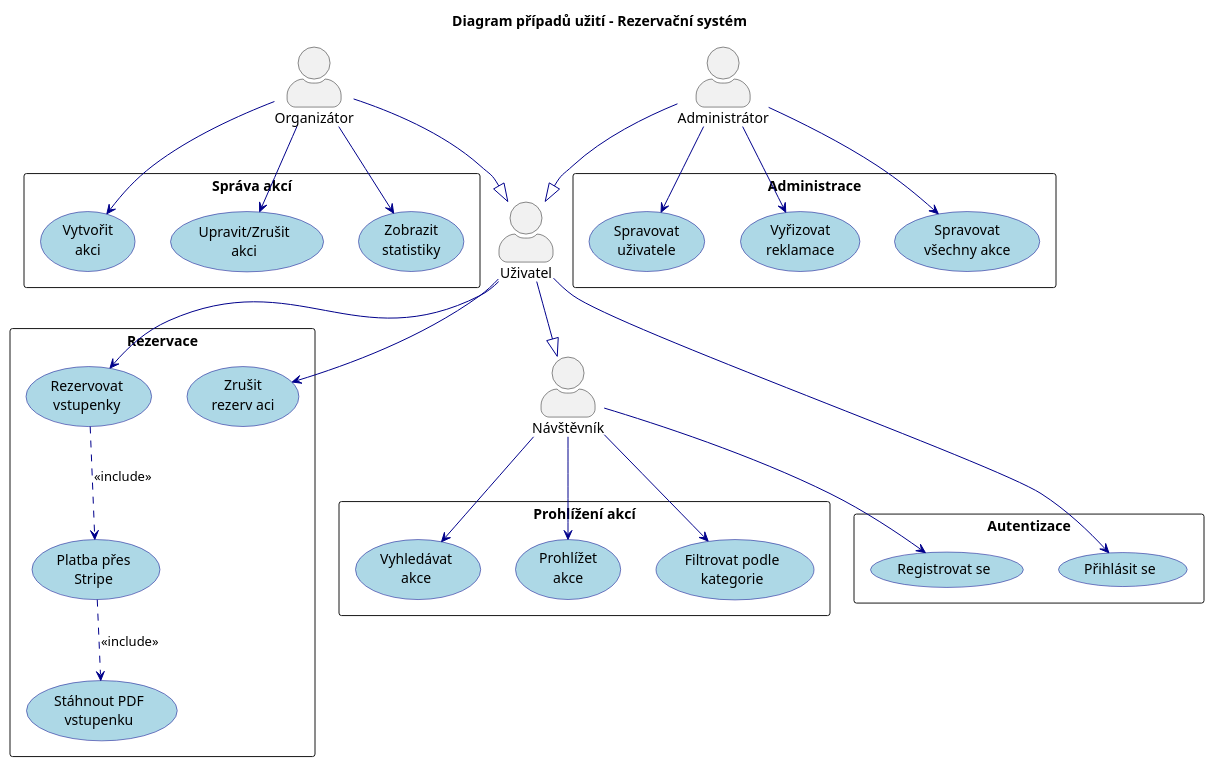
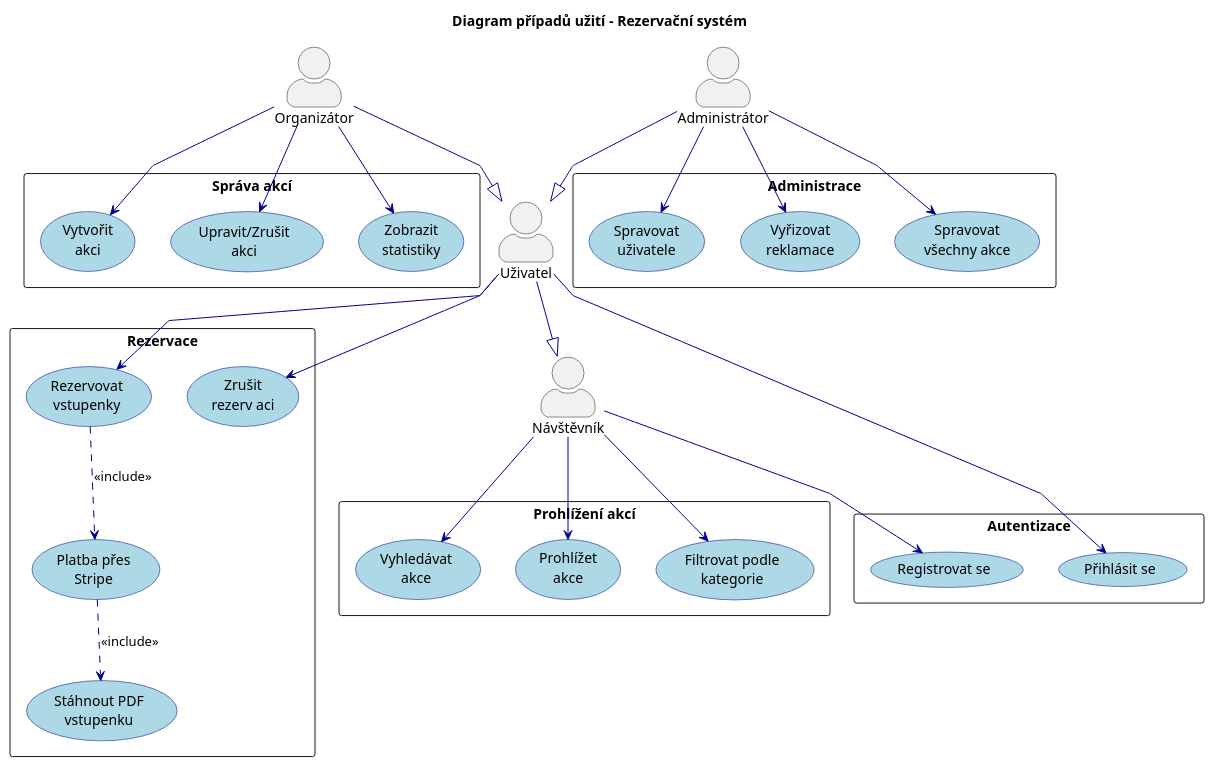
The diagram in kidiplom/usecase.puml (perlesjagerin/bakalarka), drawn with PlantUML before and after one commit. The commit also changed 49 other files, not shown here.

```diff
--- a/kidiplom/usecase.puml
+++ b/kidiplom/usecase.puml
@@ -1,78 +1,78 @@
 @startuml
-skinparam handwritten false
 title Diagram případů užití - Rezervační systém
 
+skinparam linetype polyline
 skinparam actorStyle awesome
 skinparam packageStyle rectangle
 skinparam usecase {
     BackgroundColor LightBlue
     BorderColor DarkBlue
     ArrowColor DarkBlue
 }
 
 actor "Návštěvník" as Visitor
 actor "Uživatel" as User
 actor "Organizátor" as Org
 actor "Administrátor" as Admin
 
 rectangle "Prohlížení akcí" {
   usecase "Prohlížet\nakce" as UC1
   usecase "Filtrovat podle\nkategorie" as UC2
   usecase "Vyhledávat\nakce" as UC3
 }
 
 rectangle "Autentizace" {
   usecase "Registrovat se" as UC4
   usecase "Přihlásit se" as UC5
 }
 
 rectangle "Rezervace" {
   usecase "Rezervovat\nvstupenky" as UC6
   usecase "Platba přes\nStripe" as UC7
   usecase "Stáhnout PDF\nvstupenku" as UC8
   usecase "Zrušit\nrezerv aci" as UC9
 }
 
 rectangle "Správa akcí" {
   usecase "Vytvořit\nakci" as UC10
   usecase "Upravit/Zrušit\nakci" as UC11
   usecase "Zobrazit\nstatistiky" as UC12
 }
 
 rectangle "Administrace" {
   usecase "Spravovat\nuživatele" as UC13
   usecase "Vyřizovat\nreklamace" as UC14
   usecase "Spravovat\nvšechny akce" as UC15
 }
 
 ' Vztahy aktérů
 User --|> Visitor
 Org --|> User
 Admin --|> User
 
 ' Návštěvník
 Visitor --> UC1
 Visitor --> UC2
 Visitor --> UC3
 Visitor --> UC4
 
 ' Uživatel
 User --> UC5
 User --> UC6
 User --> UC9
 
 ' Organizátor
 Org --> UC10
 Org --> UC11
 Org --> UC12
 
 ' Administrátor
 Admin --> UC13
 Admin --> UC14
 Admin --> UC15
 
 ' Include vztahy
 UC6 ..> UC7 : <<include>>
 UC7 ..> UC8 : <<include>>
 
 @enduml
```
